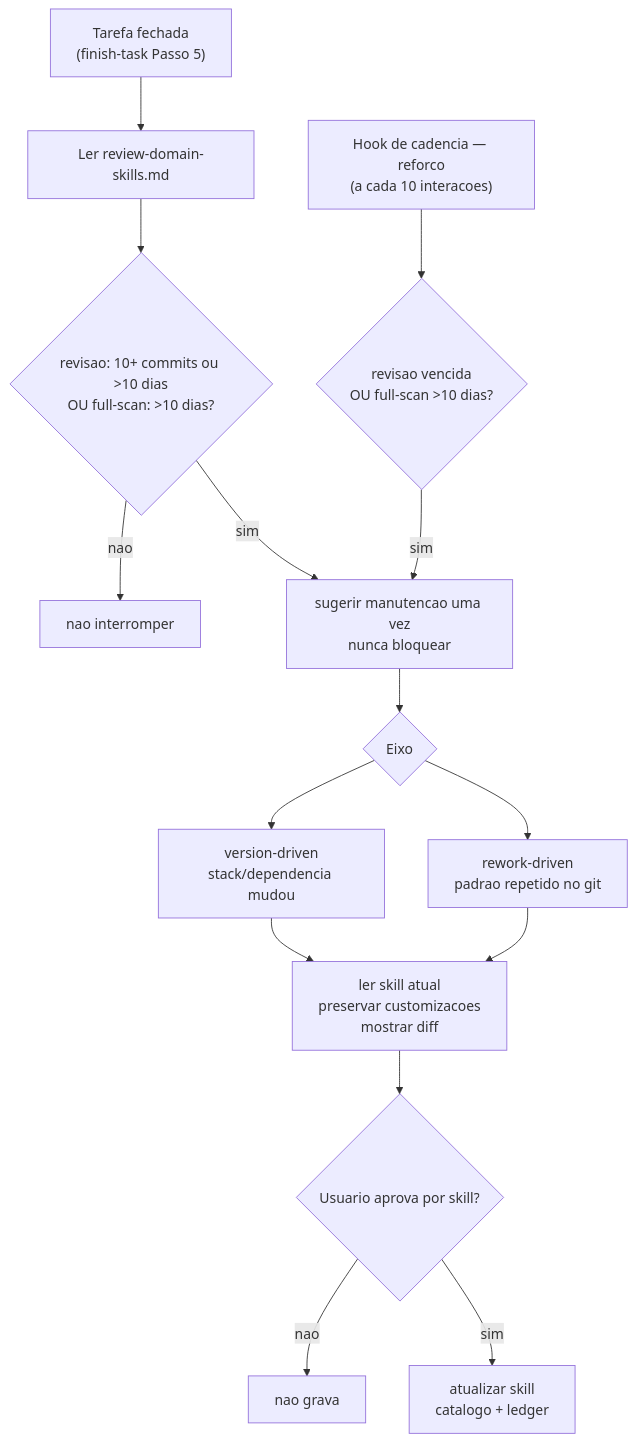
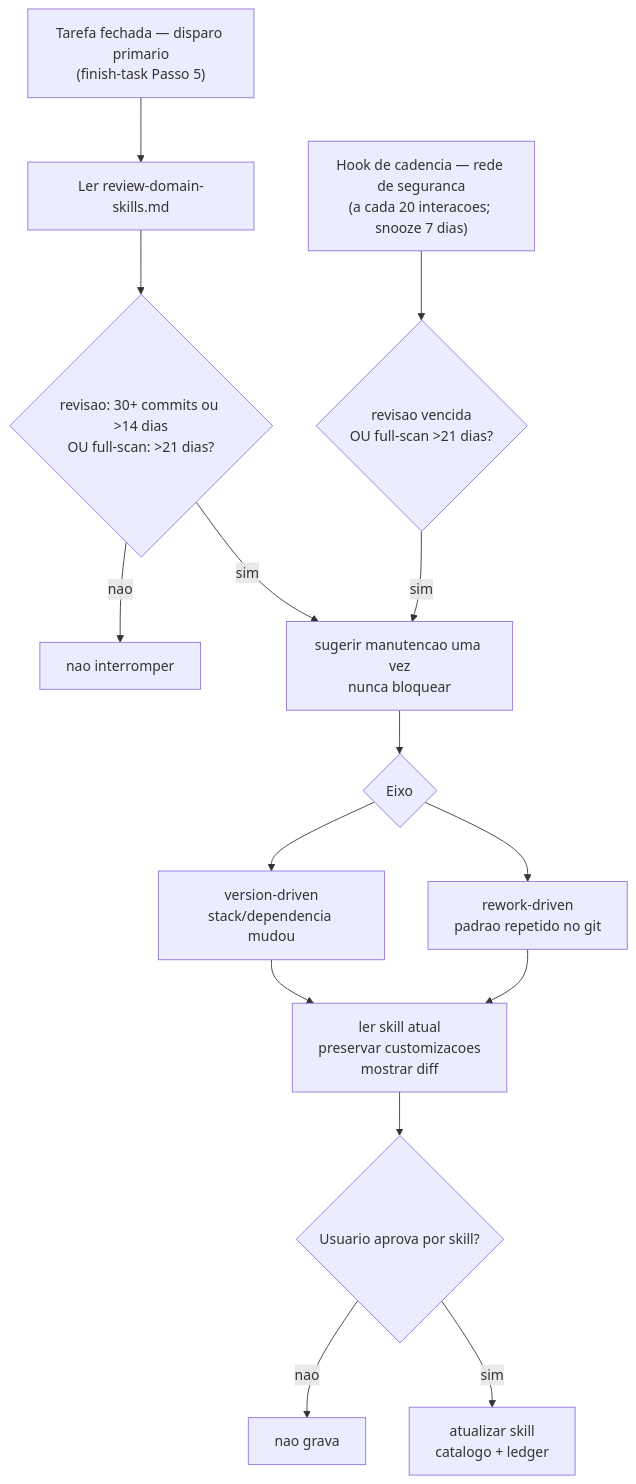
One commit to rpelizza/PelizzAI changed diagram 11 of 11 in README.md. Above: the diagram before and after it, drawn with Mermaid. The commit also changed other lines of this file and 10 other files, not shown here.

First line of the commit message:
chore: calibra cadencia de revisao de skills para times ativos

````diff
--- a/README.md
+++ b/README.md
@@ -449,20 +449,20 @@
 ```mermaid
 flowchart TD
-    CLOSE["Tarefa fechada<br/>(finish-task Passo 5)"] --> LED["Ler review-domain-skills.md"]
-    LED --> TH{"revisao: 10+ commits ou >10 dias<br/>OU full-scan: >10 dias?"}
+    CLOSE["Tarefa fechada — disparo primario<br/>(finish-task Passo 5)"] --> LED["Ler review-domain-skills.md"]
+    LED --> TH{"revisao: 30+ commits ou >14 dias<br/>OU full-scan: >21 dias?"}
     TH -- "nao" --> NOOP["nao interromper"]
     TH -- "sim" --> NUDGE["sugerir manutencao uma vez<br/>nunca bloquear"]
 
-    HOOK["Hook de cadencia — reforco<br/>(a cada 10 interacoes)"] --> SCAN{"revisao vencida<br/>OU full-scan >10 dias?"}
+    HOOK["Hook de cadencia — rede de seguranca<br/>(a cada 20 interacoes; snooze 7 dias)"] --> SCAN{"revisao vencida<br/>OU full-scan >21 dias?"}
     SCAN -- "sim" --> NUDGE
 
     NUDGE --> MODE{"Eixo"}
     MODE --> VERSION["version-driven<br/>stack/dependencia mudou"]
     MODE --> REWORK["rework-driven<br/>padrao repetido no git"]
 
     VERSION --> DIFF["ler skill atual<br/>preservar customizacoes<br/>mostrar diff"]
     REWORK --> DIFF
     DIFF --> OK{"Usuario aprova por skill?"}
     OK -- "nao" --> STOP["nao grava"]
     OK -- "sim" --> SAVE["atualizar skill<br/>catalogo + ledger"]
 ```
````
